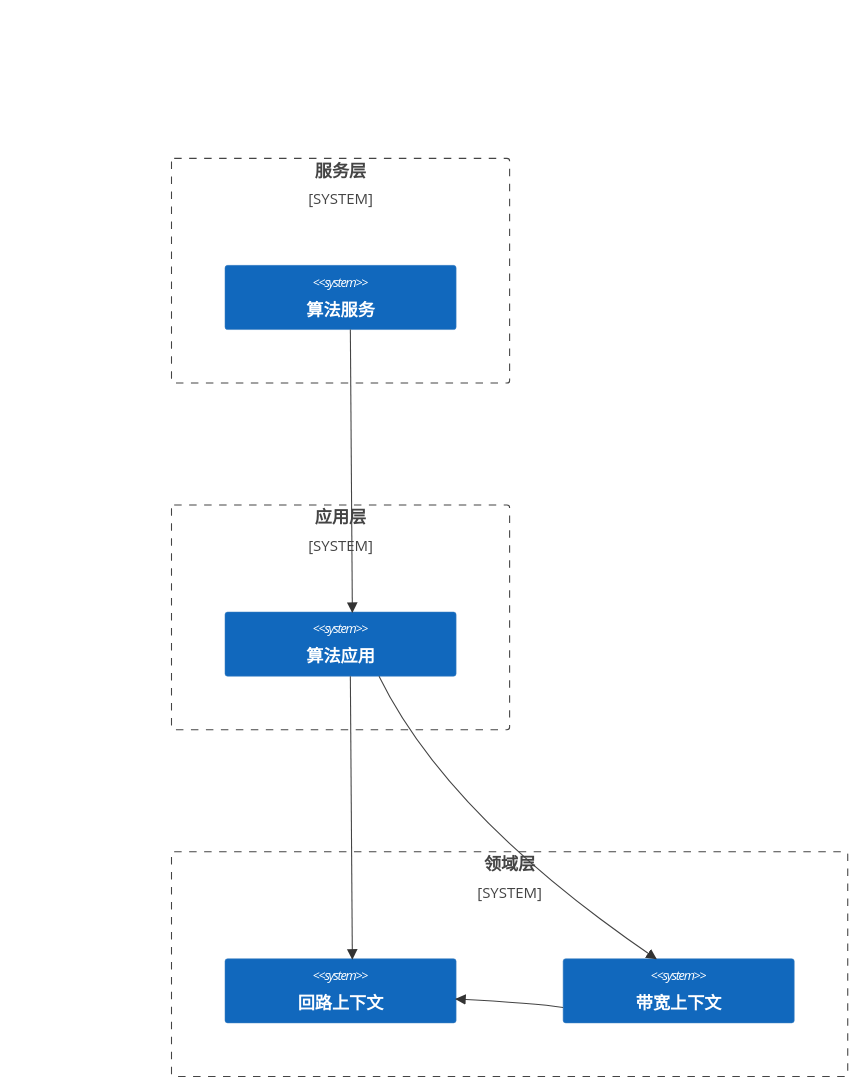
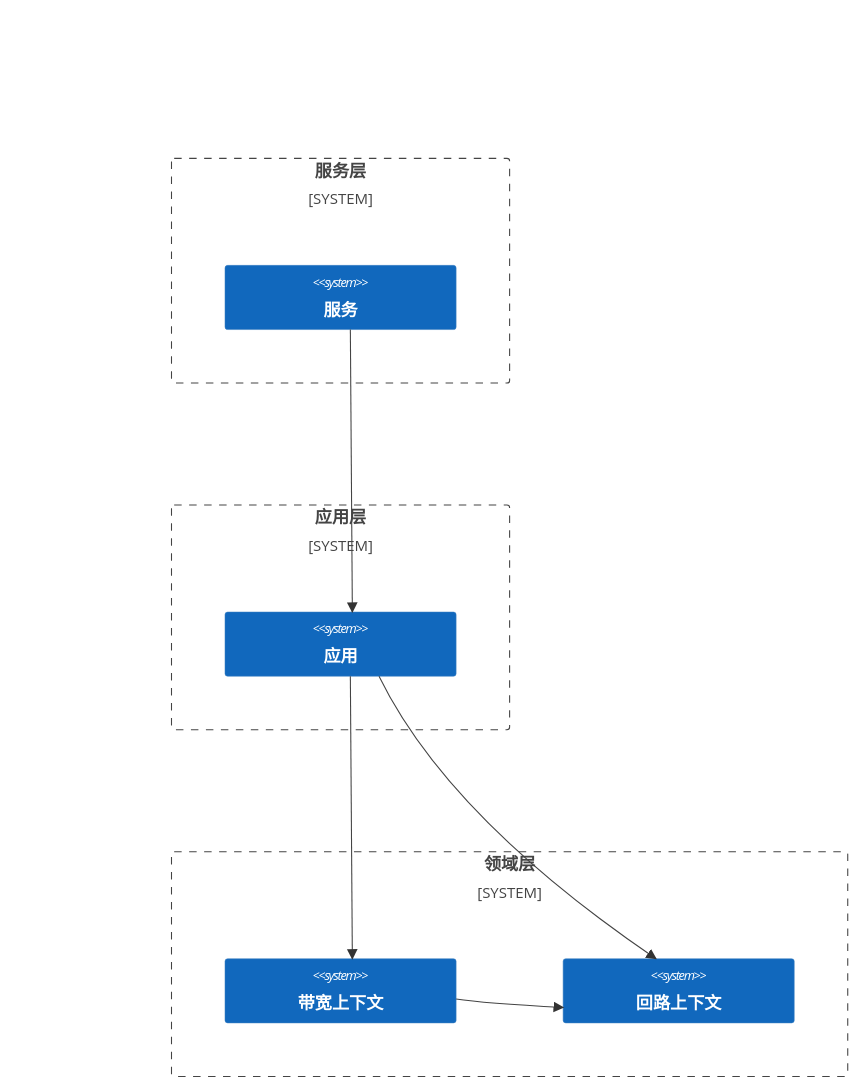
The first of 2 diagrams in docs/zh-cn/guide/what-is-ospf.md (fuookami/ospf), drawn with Mermaid before and after one commit. The commit also changed other lines of this file and 23 other files, not shown here.

````diff
--- a/docs/zh-cn/guide/what-is-ospf.md
+++ b/docs/zh-cn/guide/what-is-ospf.md
@@ -395,20 +396,20 @@
 ```mermaid
 C4Context
   System_Boundary(服务层, "服务层") {
-    System(算法服务, "算法服务")
+    System(服务, "服务")
   }
   System_Boundary(应用层, "应用层") {
-    System(算法应用, "算法应用")
+    System(应用, "应用")
   }
   System_Boundary(领域层, "领域层") {
+    System(带宽上下文, "带宽上下文")
     System(回路上下文, "回路上下文")
-    System(带宽上下文, "带宽上下文")
   }
 
-  Rel(算法服务, 算法应用, "", "")
-  Rel(算法应用, 回路上下文, "", "")
-  Rel(算法应用, 带宽上下文, "", "")
+  Rel(服务, 应用, "", "")
+  Rel(应用, 回路上下文, "", "")
+  Rel(应用, 带宽上下文, "", "")
   Rel(带宽上下文, 回路上下文, "", "")
 
   UpdateLayoutConfig($c4ShapeInRow="2", $c4BoundaryInRow="1")
 ```
````
